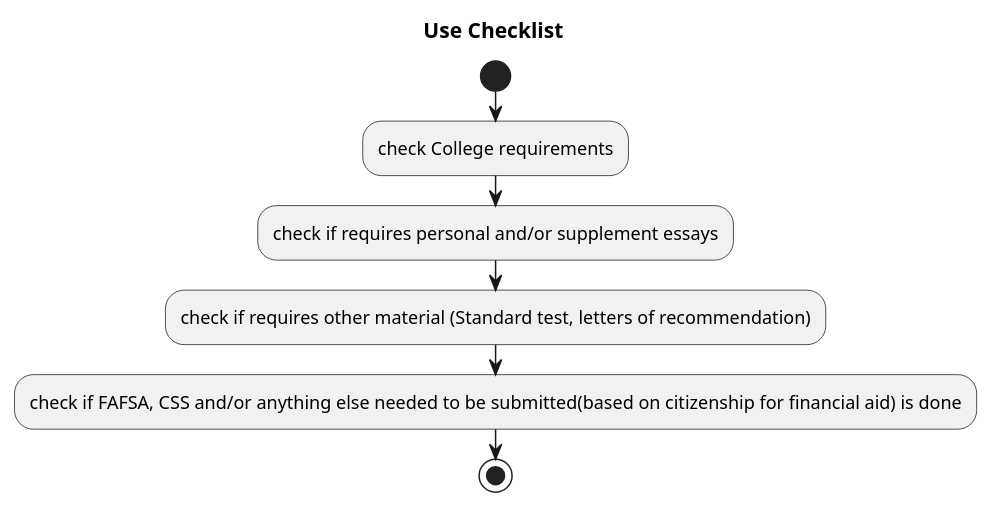
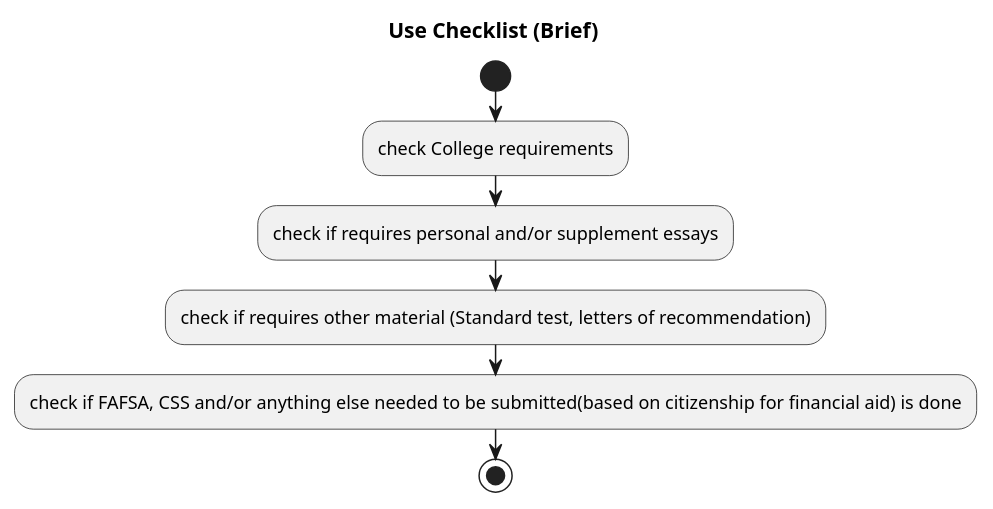
One commit to jlederer33/Essay-Review-App changed the diagram in intellij/use-cases/usechecklist.md. Above: the diagram before and after it, drawn with PlantUML. The commit also changed other lines of this file and 5 other files, not shown here.

````diff
--- a/intellij/use-cases/usechecklist.md
+++ b/intellij/use-cases/usechecklist.md
@@ -1,9 +13,9 @@
 ```plantuml
-title Use Checklist
+title Use Checklist (Brief)
 start
 :check College requirements;
 :check if requires personal and/or supplement essays;
 :check if requires other material (Standard test, letters of recommendation);
 :check if FAFSA, CSS and/or anything else needed to be submitted(based on citizenship for financial aid) is done;
 stop
 ```
````
